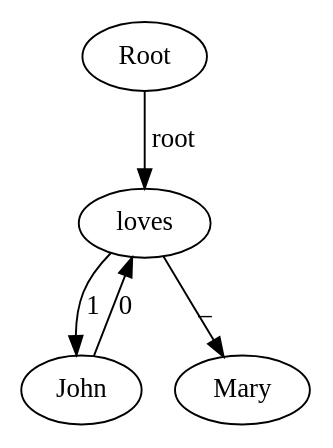
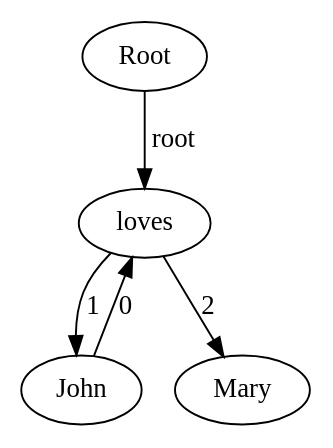
The diagram in LaTeX_diplomaterv/figures/dots/example6.3.dot (holloszaboakos/SlimeAnUTLE), drawn with Graphviz before and after one commit. The commit also changed 4 other files, not shown here.

Commit message:
figure hotfix

```diff
--- a/LaTeX_diplomaterv/figures/dots/example6.3.dot
+++ b/LaTeX_diplomaterv/figures/dots/example6.3.dot
@@ -1,37 +1,37 @@
 /*
 merge(
 	f_dep( 
 		merge(
 			"(Root/Root :root r<root> :1,0 (d<dep>))",
  			r_dep( 
 				"(John<root> / John)" 
 				)
 			) 
 		),
  		merge(
 			f_dep( 
 					merge(
-						"(r<root> :_ (d<dep>))", 
+						"(r<root> :2 (d<dep>))", 
 						r_dep( 
 							"(Mary<root> / Mary)" 	
 							)
 						) 
 				),
 			 “(loves<root> / loves)”
 			)
 )
 Ebből az fourlang kimenete:
 "(Root/Root :root (loves/loves :1,0 (John/John) :_ (Mary/Mary)))"
 */
 digraph G {
 Root
 loves
 John
 Mary
 
 Root->loves[label="root"]
 loves->John[label="1"]
 John->loves[label="0"]
-loves->Mary[label="_"]
+loves->Mary[label="2"]
 
  }
```
